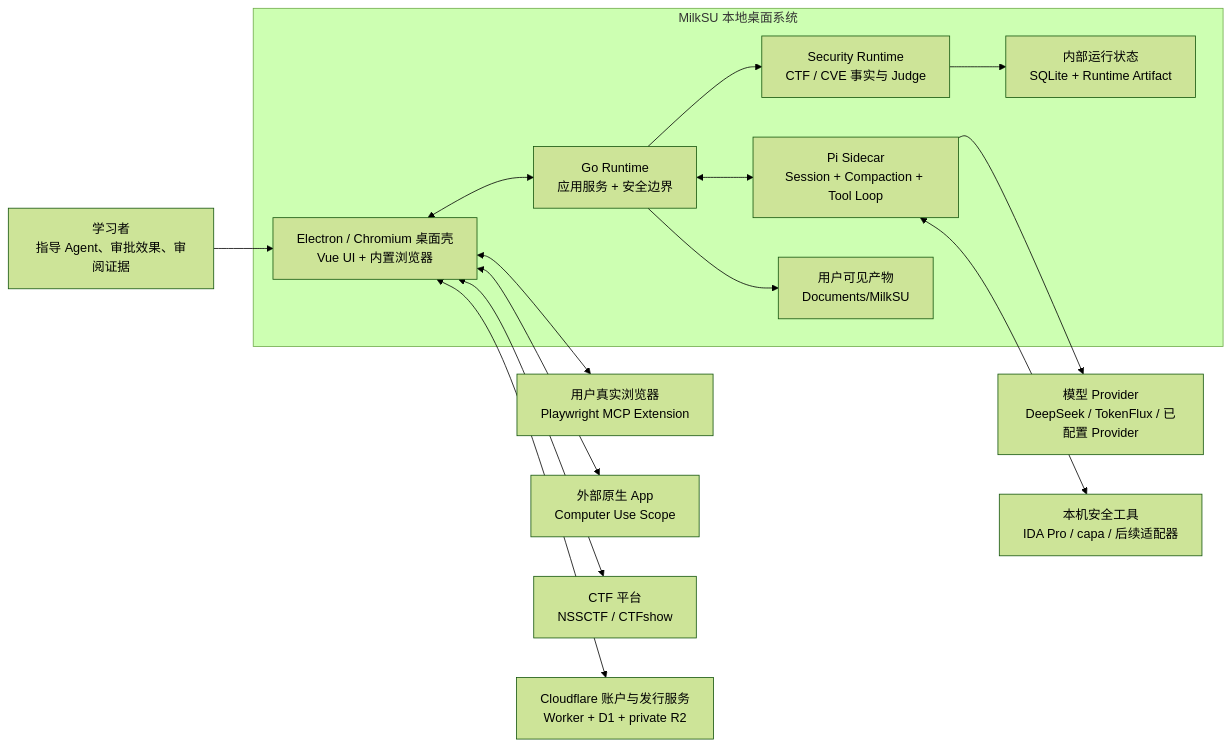
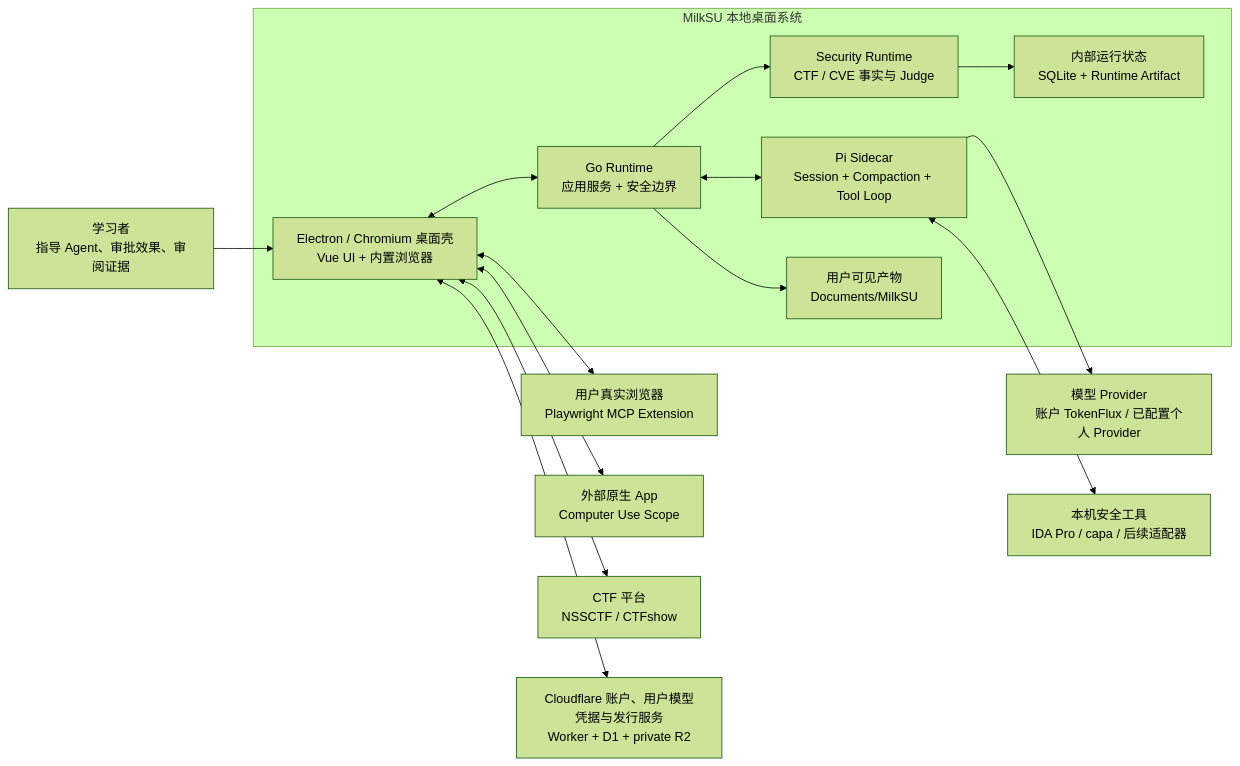
Before and after one commit to MilkSU-Official/milksu: the first of 5 diagrams in docs/architecture/current-system.md, drawn with Mermaid (forest theme). The commit also changed other lines of this file and 3 other files, not shown here.

Commit message:
docs: record per-user model credential flow

````diff
--- a/docs/architecture/current-system.md
+++ b/docs/architecture/current-system.md
@@ -12,31 +12,31 @@
 ```mermaid
 flowchart LR
     learner["学习者<br/>指导 Agent、审批效果、审阅证据"]
-    provider["模型 Provider<br/>DeepSeek / TokenFlux / 已配置 Provider"]
+    provider["模型 Provider<br/>账户 TokenFlux / 已配置个人 Provider"]
     local_tools["本机安全工具<br/>IDA Pro / capa / 后续适配器"]
     user_browser["用户真实浏览器<br/>Playwright MCP Extension"]
     native_apps["外部原生 App<br/>Computer Use Scope"]
     ctf_platforms["CTF 平台<br/>NSSCTF / CTFshow"]
-    account_cloud["Cloudflare 账户与发行服务<br/>Worker + D1 + private R2"]
+    account_cloud["Cloudflare 账户、用户模型凭据与发行服务<br/>Worker + D1 + private R2"]
 
     subgraph milksu["MilkSU 本地桌面系统"]
         chromium["Electron / Chromium 桌面壳<br/>Vue UI + 内置浏览器"]
         go["Go Runtime<br/>应用服务 + 安全边界"]
         pi["Pi Sidecar<br/>Session + Compaction + Tool Loop"]
         security["Security Runtime<br/>CTF / CVE 事实与 Judge"]
         local["内部运行状态<br/>SQLite + Runtime Artifact"]
         deliverables["用户可见产物<br/>Documents/MilkSU"]
     end
 
     learner --> chromium
     chromium <--> go
     go <--> pi
     pi --> provider
     pi <--> local_tools
     go --> security --> local
     go --> deliverables
     chromium <--> user_browser
     chromium <--> native_apps
     chromium <--> ctf_platforms
     chromium <--> account_cloud
 ```
````
